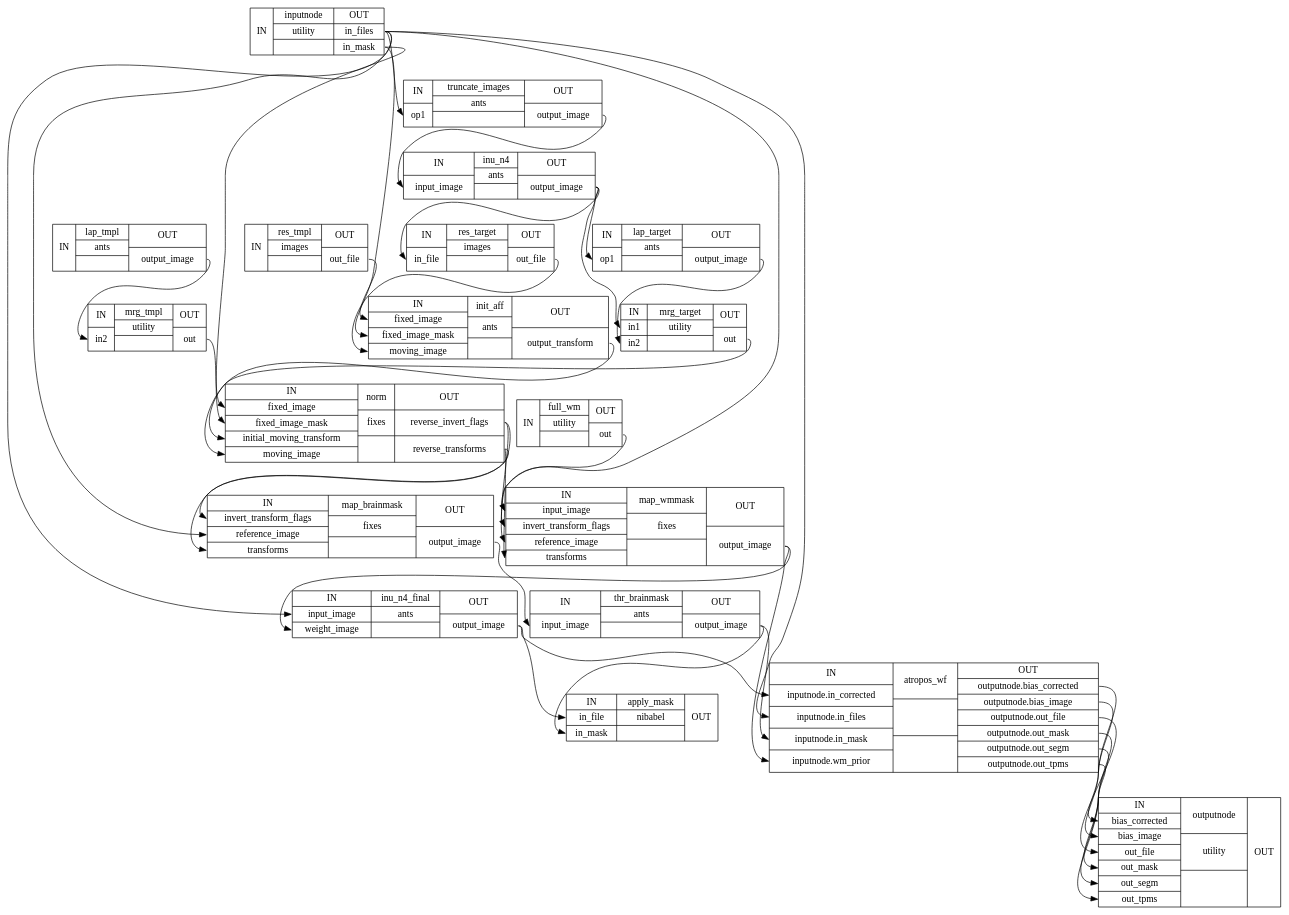
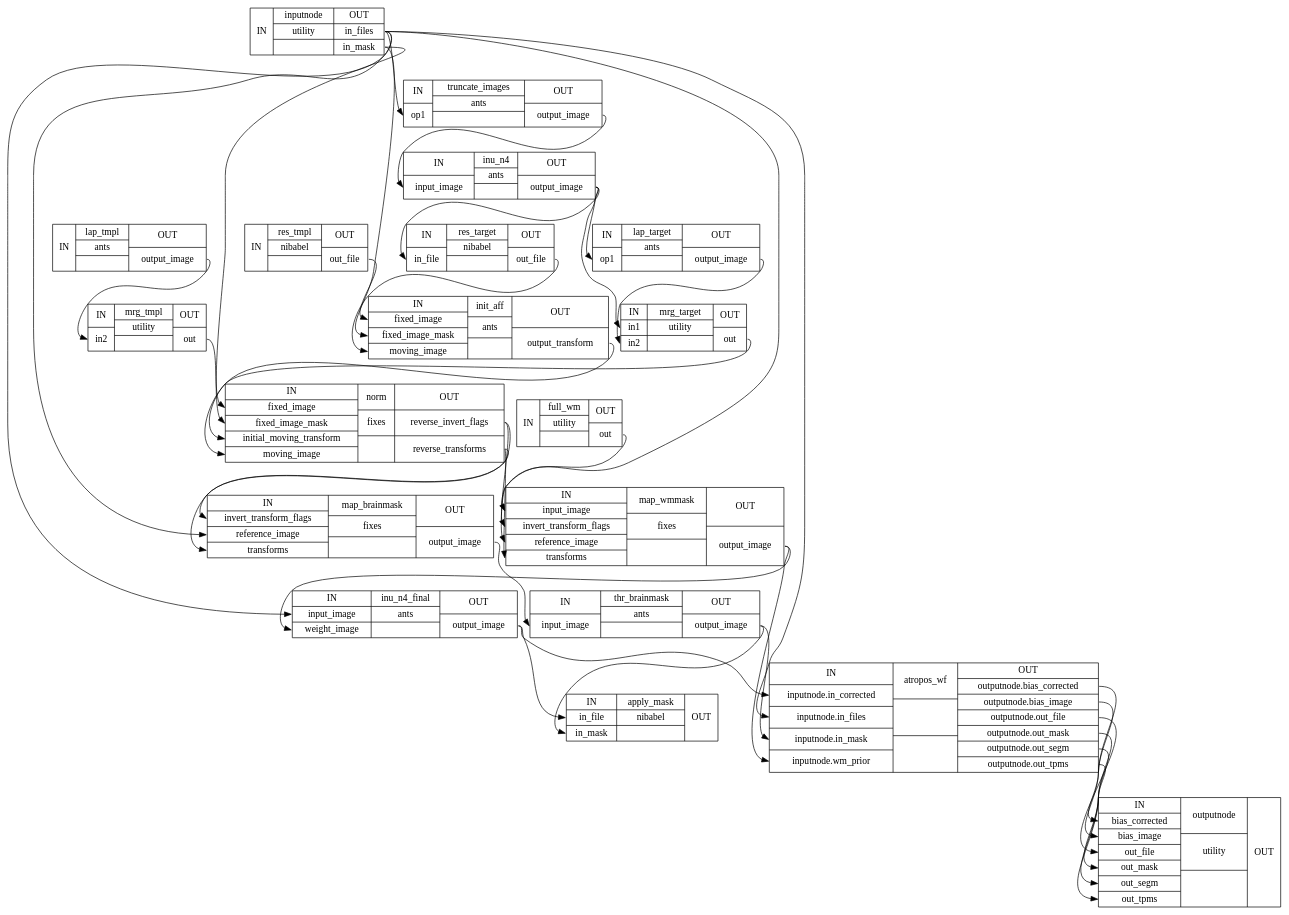
One commit to notZaki/niworkflows changed the diagram in 1.0.2/wf_directive/api/brain_extraction_wf/niworkflows-anat-ants-2_detailed.dot. Above: the diagram before and after it, drawn with Graphviz. The commit also changed 12515 other files, not shown here.

```diff
--- a/1.0.2/wf_directive/api/brain_extraction_wf/niworkflows-anat-ants-2_detailed.dot
+++ b/1.0.2/wf_directive/api/brain_extraction_wf/niworkflows-anat-ants-2_detailed.dot
@@ -1,58 +1,58 @@
 digraph structs {
 node [shape=record];
 brain_extraction_wflap_tmpl [label="{IN}|{ lap_tmpl | ants |  }|{OUT|<outoutputimage> output_image}"];
 brain_extraction_wfmrg_tmpl [label="{IN|<inin2> in2}|{ mrg_tmpl | utility |  }|{OUT|<outout> out}"];
 brain_extraction_wffull_wm [label="{IN}|{ full_wm | utility |  }|{OUT|<outout> out}"];
-brain_extraction_wfres_tmpl [label="{IN}|{ res_tmpl | images |  }|{OUT|<outoutfile> out_file}"];
+brain_extraction_wfres_tmpl [label="{IN}|{ res_tmpl | nibabel |  }|{OUT|<outoutfile> out_file}"];
 brain_extraction_wfinputnode [label="{IN}|{ inputnode | utility |  }|{OUT|<outinfiles> in_files|<outinmask> in_mask}"];
 brain_extraction_wftruncate_images [label="{IN|<inop1> op1}|{ truncate_images | ants |  }|{OUT|<outoutputimage> output_image}"];
 brain_extraction_wfinu_n4 [label="{IN|<ininputimage> input_image}|{ inu_n4 | ants |  }|{OUT|<outoutputimage> output_image}"];
 brain_extraction_wflap_target [label="{IN|<inop1> op1}|{ lap_target | ants |  }|{OUT|<outoutputimage> output_image}"];
 brain_extraction_wfmrg_target [label="{IN|<inin1> in1|<inin2> in2}|{ mrg_target | utility |  }|{OUT|<outout> out}"];
-brain_extraction_wfres_target [label="{IN|<ininfile> in_file}|{ res_target | images |  }|{OUT|<outoutfile> out_file}"];
+brain_extraction_wfres_target [label="{IN|<ininfile> in_file}|{ res_target | nibabel |  }|{OUT|<outoutfile> out_file}"];
 brain_extraction_wfinit_aff [label="{IN|<infixedimage> fixed_image|<infixedimagemask> fixed_image_mask|<inmovingimage> moving_image}|{ init_aff | ants |  }|{OUT|<outoutputtransform> output_transform}"];
 brain_extraction_wfnorm [label="{IN|<infixedimage> fixed_image|<infixedimagemask> fixed_image_mask|<ininitialmovingtransform> initial_moving_transform|<inmovingimage> moving_image}|{ norm | fixes |  }|{OUT|<outreverseinvertflags> reverse_invert_flags|<outreversetransforms> reverse_transforms}"];
 brain_extraction_wfmap_wmmask [label="{IN|<ininputimage> input_image|<ininverttransformflags> invert_transform_flags|<inreferenceimage> reference_image|<intransforms> transforms}|{ map_wmmask | fixes |  }|{OUT|<outoutputimage> output_image}"];
 brain_extraction_wfinu_n4_final [label="{IN|<ininputimage> input_image|<inweightimage> weight_image}|{ inu_n4_final | ants |  }|{OUT|<outoutputimage> output_image}"];
 brain_extraction_wfmap_brainmask [label="{IN|<ininverttransformflags> invert_transform_flags|<inreferenceimage> reference_image|<intransforms> transforms}|{ map_brainmask | fixes |  }|{OUT|<outoutputimage> output_image}"];
 brain_extraction_wfthr_brainmask [label="{IN|<ininputimage> input_image}|{ thr_brainmask | ants |  }|{OUT|<outoutputimage> output_image}"];
 brain_extraction_wfatropos_wf [label="{IN|<ininputnodeincorrected> inputnode.in_corrected|<ininputnodeinfiles> inputnode.in_files|<ininputnodeinmask> inputnode.in_mask|<ininputnodewmprior> inputnode.wm_prior}|{ atropos_wf |  |  }|{OUT|<outoutputnodebiascorrected> outputnode.bias_corrected|<outoutputnodebiasimage> outputnode.bias_image|<outoutputnodeoutfile> outputnode.out_file|<outoutputnodeoutmask> outputnode.out_mask|<outoutputnodeoutsegm> outputnode.out_segm|<outoutputnodeouttpms> outputnode.out_tpms}"];
 brain_extraction_wfoutputnode [label="{IN|<inbiascorrected> bias_corrected|<inbiasimage> bias_image|<inoutfile> out_file|<inoutmask> out_mask|<inoutsegm> out_segm|<inouttpms> out_tpms}|{ outputnode | utility |  }|{OUT}"];
 brain_extraction_wfapply_mask [label="{IN|<ininfile> in_file|<ininmask> in_mask}|{ apply_mask | nibabel |  }|{OUT}"];
 brain_extraction_wfatropos_wf:outoutputnodebiascorrected:e -> brain_extraction_wfoutputnode:inbiascorrected:w;
 brain_extraction_wfatropos_wf:outoutputnodebiasimage:e -> brain_extraction_wfoutputnode:inbiasimage:w;
 brain_extraction_wfatropos_wf:outoutputnodeoutfile:e -> brain_extraction_wfoutputnode:inoutfile:w;
 brain_extraction_wfatropos_wf:outoutputnodeoutmask:e -> brain_extraction_wfoutputnode:inoutmask:w;
 brain_extraction_wfatropos_wf:outoutputnodeoutsegm:e -> brain_extraction_wfoutputnode:inoutsegm:w;
 brain_extraction_wfatropos_wf:outoutputnodeouttpms:e -> brain_extraction_wfoutputnode:inouttpms:w;
 brain_extraction_wffull_wm:outout:e -> brain_extraction_wfmap_wmmask:ininputimage:w;
 brain_extraction_wfinit_aff:outoutputtransform:e -> brain_extraction_wfnorm:ininitialmovingtransform:w;
 brain_extraction_wfinputnode:outinfiles:e -> brain_extraction_wfatropos_wf:ininputnodeinfiles:w;
 brain_extraction_wfinputnode:outinfiles:e -> brain_extraction_wfinu_n4_final:ininputimage:w;
 brain_extraction_wfinputnode:outinfiles:e -> brain_extraction_wfmap_brainmask:inreferenceimage:w;
 brain_extraction_wfinputnode:outinfiles:e -> brain_extraction_wfmap_wmmask:inreferenceimage:w;
 brain_extraction_wfinputnode:outinfiles:e -> brain_extraction_wftruncate_images:inop1:w;
 brain_extraction_wfinputnode:outinmask:e -> brain_extraction_wfinit_aff:infixedimagemask:w;
 brain_extraction_wfinputnode:outinmask:e -> brain_extraction_wfnorm:infixedimagemask:w;
 brain_extraction_wfinu_n4:outoutputimage:e -> brain_extraction_wflap_target:inop1:w;
 brain_extraction_wfinu_n4:outoutputimage:e -> brain_extraction_wfmrg_target:inin1:w;
 brain_extraction_wfinu_n4:outoutputimage:e -> brain_extraction_wfres_target:ininfile:w;
 brain_extraction_wfinu_n4_final:outoutputimage:e -> brain_extraction_wfapply_mask:ininfile:w;
 brain_extraction_wfinu_n4_final:outoutputimage:e -> brain_extraction_wfatropos_wf:ininputnodeincorrected:w;
 brain_extraction_wflap_target:outoutputimage:e -> brain_extraction_wfmrg_target:inin2:w;
 brain_extraction_wflap_tmpl:outoutputimage:e -> brain_extraction_wfmrg_tmpl:inin2:w;
 brain_extraction_wfmap_brainmask:outoutputimage:e -> brain_extraction_wfthr_brainmask:ininputimage:w;
 brain_extraction_wfmap_wmmask:outoutputimage:e -> brain_extraction_wfatropos_wf:ininputnodewmprior:w;
 brain_extraction_wfmap_wmmask:outoutputimage:e -> brain_extraction_wfinu_n4_final:inweightimage:w;
 brain_extraction_wfmrg_target:outout:e -> brain_extraction_wfnorm:inmovingimage:w;
 brain_extraction_wfmrg_tmpl:outout:e -> brain_extraction_wfnorm:infixedimage:w;
 brain_extraction_wfnorm:outreverseinvertflags:e -> brain_extraction_wfmap_brainmask:ininverttransformflags:w;
 brain_extraction_wfnorm:outreverseinvertflags:e -> brain_extraction_wfmap_wmmask:ininverttransformflags:w;
 brain_extraction_wfnorm:outreversetransforms:e -> brain_extraction_wfmap_brainmask:intransforms:w;
 brain_extraction_wfnorm:outreversetransforms:e -> brain_extraction_wfmap_wmmask:intransforms:w;
 brain_extraction_wfres_target:outoutfile:e -> brain_extraction_wfinit_aff:inmovingimage:w;
 brain_extraction_wfres_tmpl:outoutfile:e -> brain_extraction_wfinit_aff:infixedimage:w;
 brain_extraction_wfthr_brainmask:outoutputimage:e -> brain_extraction_wfapply_mask:ininmask:w;
 brain_extraction_wfthr_brainmask:outoutputimage:e -> brain_extraction_wfatropos_wf:ininputnodeinmask:w;
 brain_extraction_wftruncate_images:outoutputimage:e -> brain_extraction_wfinu_n4:ininputimage:w;
 }
```
